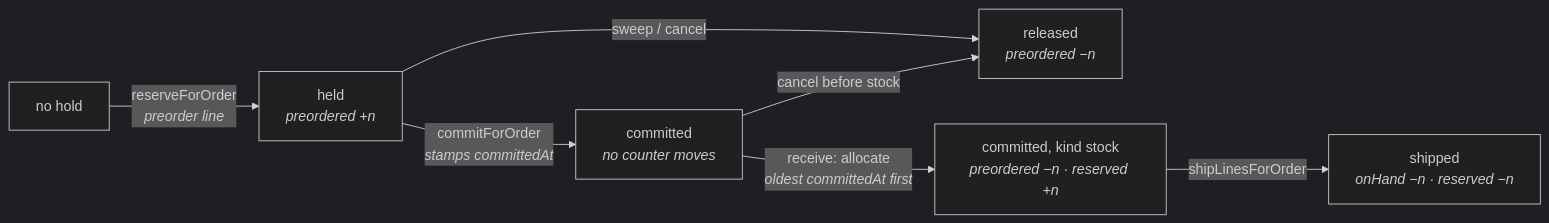
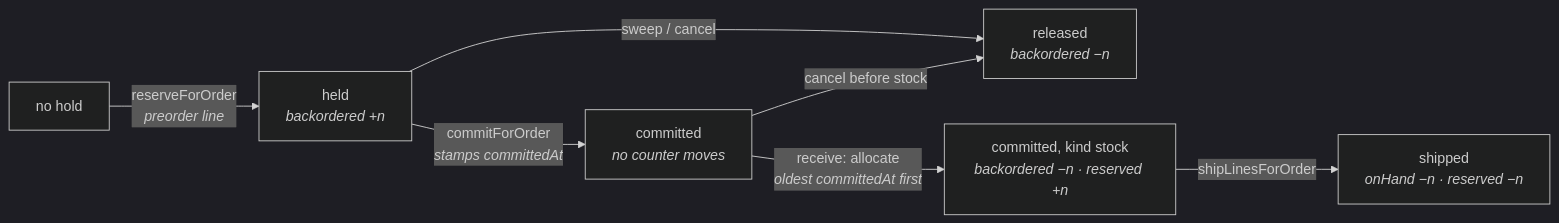
The second of 2 diagrams in docs/modules/inventory-reservations.md (Guebbit/boilerplate-node-backend), drawn with Mermaid (dark theme) before and after one commit. The commit also changed other lines of this file and 45 other files, not shown here.

````diff
--- a/docs/modules/inventory-reservations.md
+++ b/docs/modules/inventory-reservations.md
@@ -106,9 +106,9 @@
 ```mermaid
 flowchart LR
-    N["no hold"] -->|"reserveForOrder<br/><i>preorder line</i>"| H["held<br/><i>preordered +n</i>"]
+    N["no hold"] -->|"reserveForOrder<br/><i>preorder line</i>"| H["held<br/><i>backordered +n</i>"]
     H -->|"commitForOrder<br/><i>stamps committedAt</i>"| C["committed<br/><i>no counter moves</i>"]
-    H -->|"sweep / cancel"| R["released<br/><i>preordered −n</i>"]
+    H -->|"sweep / cancel"| R["released<br/><i>backordered −n</i>"]
     C -->|"cancel before stock"| R
-    C -->|"receive: allocate<br/><i>oldest committedAt first</i>"| A["committed, kind stock<br/><i>preordered −n · reserved +n</i>"]
+    C -->|"receive: allocate<br/><i>oldest committedAt first</i>"| A["committed, kind stock<br/><i>backordered −n · reserved +n</i>"]
     A -->|"shipLinesForOrder"| S["shipped<br/><i>onHand −n · reserved −n</i>"]
 ```
````
